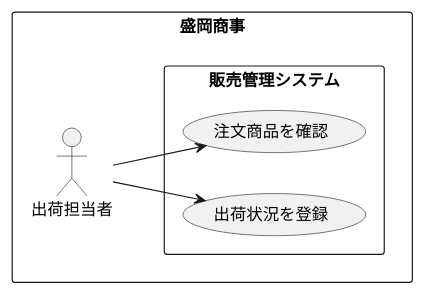
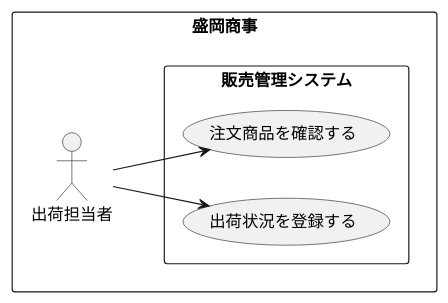
The diagram in 演習2-5_盛岡商事_販売管理システム.pu (eumura123/uml-introduction), drawn with PlantUML before and after one commit.

Commit message:
演習2-5

```diff
--- a/演習2-5_盛岡商事_販売管理システム.pu
+++ b/演習2-5_盛岡商事_販売管理システム.pu
@@ -1,12 +1,12 @@
 @startuml ユースケース図
 left to right direction
 rectangle 盛岡商事{
 actor 出荷担当者
 rectangle 販売管理システム{
-usecase 注文商品を確認
-usecase 出荷状況を登録
+usecase 注文商品を確認する
+usecase 出荷状況を登録する
 }
 }
-出荷担当者 --> 注文商品を確認
-出荷担当者 --> 出荷状況を登録
+出荷担当者 --> 注文商品を確認する
+出荷担当者 --> 出荷状況を登録する
 @enduml
```
